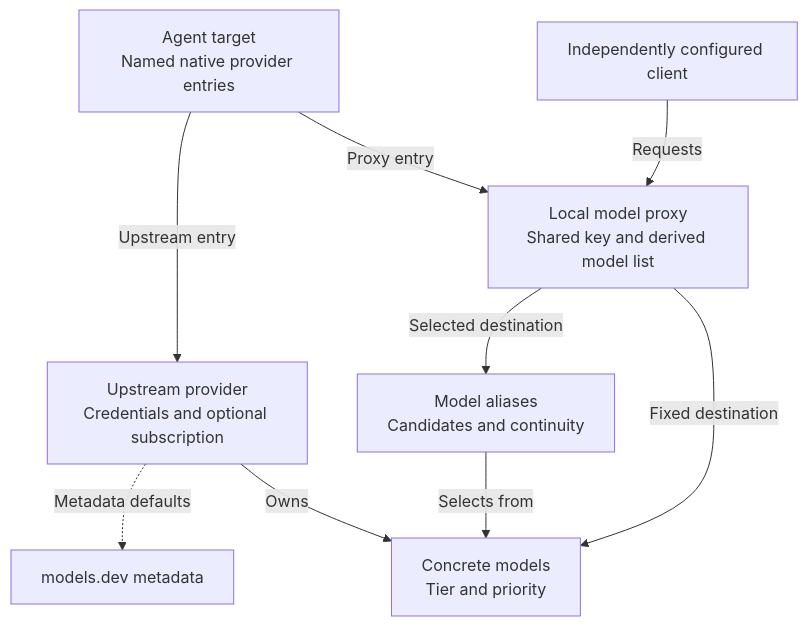
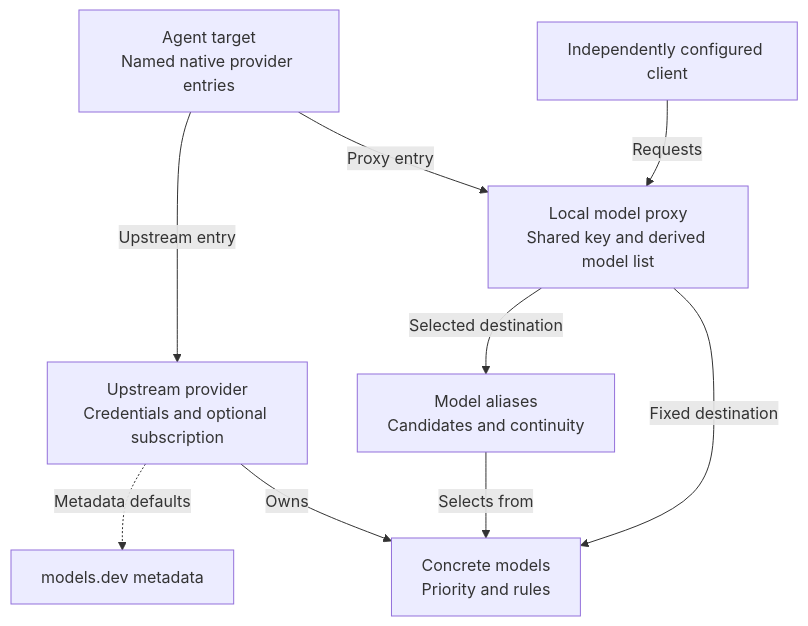
Before and after one commit to suraciii/tmax: the diagram in specs/product/design.md, drawn with Mermaid. The commit also changed other lines of this file and 25 other files, not shown here.

````diff
--- a/specs/product/design.md
+++ b/specs/product/design.md
@@ -75,18 +74,18 @@
 ```mermaid
 flowchart TB
     Catalog["models.dev metadata"]
     Provider["Upstream provider<br/>Credentials and optional subscription"]
-    Model["Concrete models<br/>Tier and priority"]
+    Model["Concrete models<br/>Priority and rules"]
     Alias["Model aliases<br/>Candidates and continuity"]
     Agent["Agent target<br/>Named native provider entries"]
     Proxy["Local model proxy<br/>Shared key and derived model list"]
     Client["Independently configured client"]
     Provider -.->|Metadata defaults| Catalog
     Provider -->|Owns| Model
     Alias -->|Selects from| Model
     Agent -->|Upstream entry| Provider
     Agent -->|Proxy entry| Proxy
     Client -->|Requests| Proxy
     Proxy -->|Fixed destination| Model
     Proxy -->|Selected destination| Alias
 ```
````
